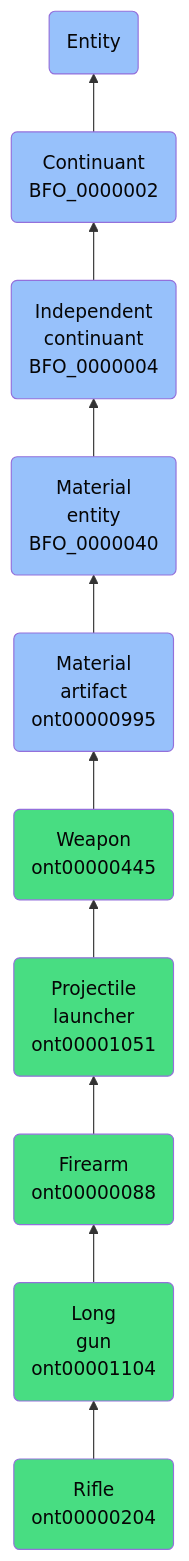
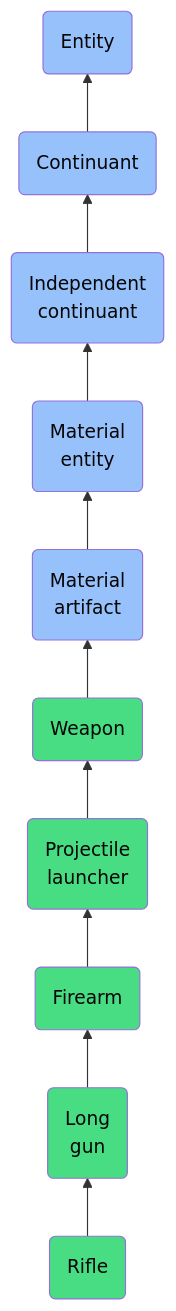
One commit to jupyter-naas/abi changed the diagram in docs/ontology/reference/model/Entity/Continuant/Independent continuant/Material entity/Material artifact/Weapon/Projectile launcher/Firearm/Long gun/Rifle/Rifle.md. Above: the diagram before and after it, drawn with Mermaid. The commit also changed other lines of this file and 1430 other files, not shown here.

````diff
--- a/docs/ontology/reference/model/Entity/Continuant/Independent continuant/Material entity/Material artifact/Weapon/Projectile launcher/Firearm/Long gun/Rifle/Rifle.md
+++ b/docs/ontology/reference/model/Entity/Continuant/Independent continuant/Material entity/Material artifact/Weapon/Projectile launcher/Firearm/Long gun/Rifle/Rifle.md
@@ -24,17 +24,17 @@
 ```mermaid
 graph BT
-    ont00000204(Rifle<br>ont00000204):::ABI-->ont00001104
-    ont00001104(Long<br>gun<br>ont00001104):::ABI-->ont00000088
-    ont00000088(Firearm<br>ont00000088):::ABI-->ont00001051
-    ont00001051(Projectile<br>launcher<br>ont00001051):::ABI-->ont00000445
-    ont00000445(Weapon<br>ont00000445):::ABI-->ont00000995
-    ont00000995(Material<br>artifact<br>ont00000995):::BFO-->BFO_0000040
-    BFO_0000040(Material<br>entity<br>BFO_0000040):::BFO-->BFO_0000004
-    BFO_0000004(Independent<br>continuant<br>BFO_0000004):::BFO-->BFO_0000002
-    BFO_0000002(Continuant<br>BFO_0000002):::BFO-->BFO_0000001
+    ont00000204(Rifle):::ABI-->ont00001104
+    ont00001104(Long<br>gun):::ABI-->ont00000088
+    ont00000088(Firearm):::ABI-->ont00001051
+    ont00001051(Projectile<br>launcher):::ABI-->ont00000445
+    ont00000445(Weapon):::ABI-->ont00000995
+    ont00000995(Material<br>artifact):::BFO-->BFO_0000040
+    BFO_0000040(Material<br>entity):::BFO-->BFO_0000004
+    BFO_0000004(Independent<br>continuant):::BFO-->BFO_0000002
+    BFO_0000002(Continuant):::BFO-->BFO_0000001
     BFO_0000001(Entity):::BFO
     
     classDef BFO fill:#97c1fb,color:#060606
     classDef CCO fill:#e4c51e,color:#060606
     classDef ABI fill:#48DD82,color:#060606
 ```
````
